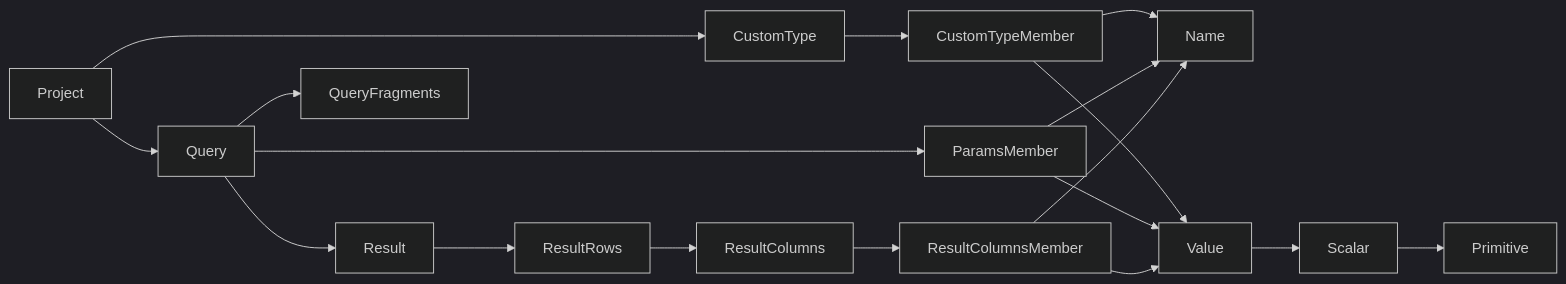
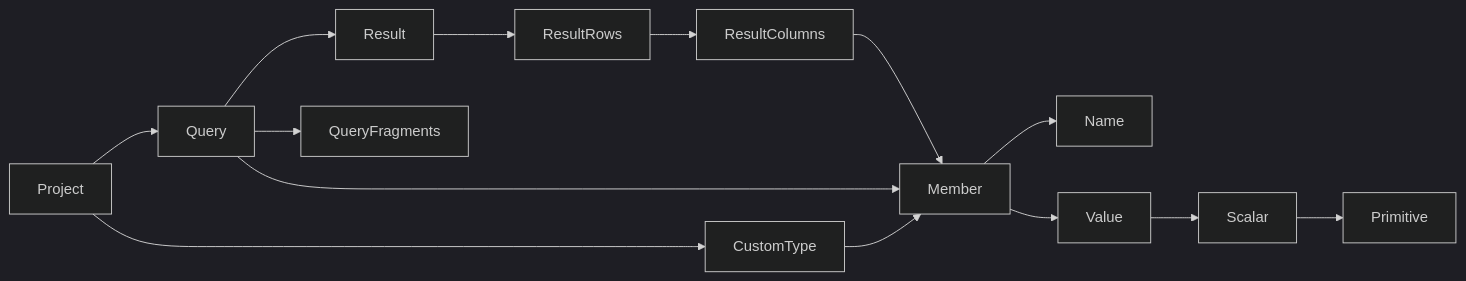
One commit to pgenie-io/gen-sdk changed the second of 2 diagrams in docs/generator-architecture.md. Above: the diagram before and after it, drawn with Mermaid (dark theme). The commit also changed other lines of this file, not shown here.

````diff
--- a/docs/generator-architecture.md
+++ b/docs/generator-architecture.md
@@ -168,16 +164,12 @@
 ```mermaid
 flowchart LR
     Project --> Query
     Project --> CustomType
-    Query --> Result --> ResultRows --> ResultColumns --> ResultColumnsMember
+    Query --> Result --> ResultRows --> ResultColumns --> Member
     Query --> QueryFragments
-    Query --> ParamsMember
-    CustomType --> CustomTypeMember
-    CustomTypeMember --> Name
-    CustomTypeMember --> Value
-    ParamsMember --> Name
-    ParamsMember --> Value
-    ResultColumnsMember --> Name
-    ResultColumnsMember --> Value
+    Query --> Member
+    CustomType --> Member
+    Member --> Name
+    Member --> Value
     Value --> Scalar --> Primitive
 ```
````
